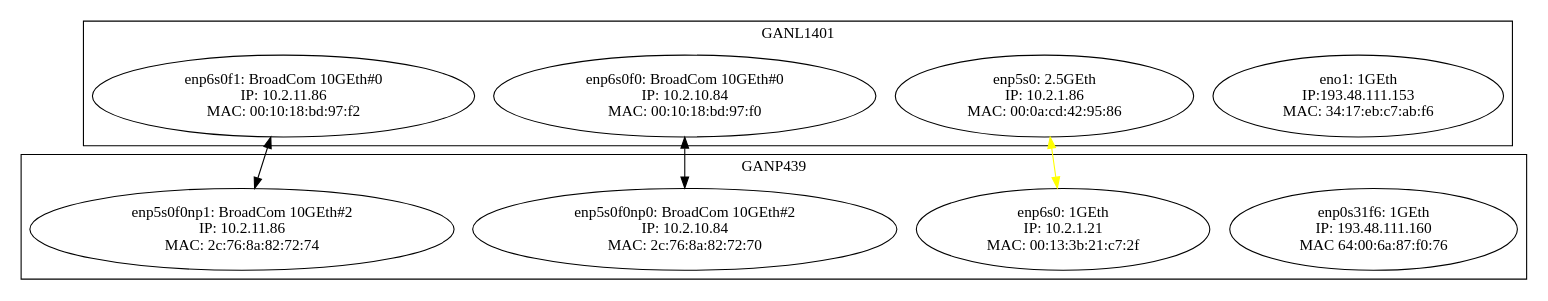
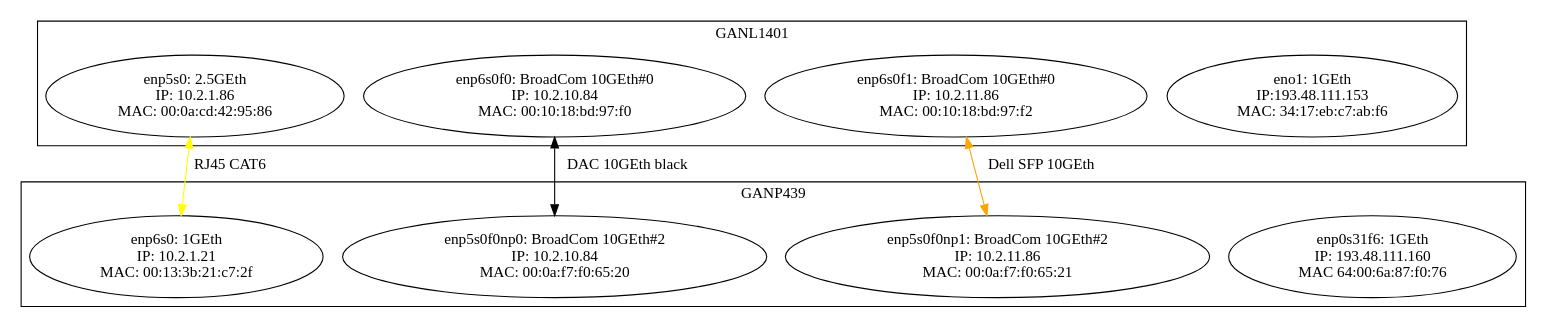
One commit to AdrielEP/test changed the diagram in graphInfra.dot. Above: the diagram before and after it, drawn with Graphviz. The commit also changed 2 other files, not shown here.

Commit message:
correction: BroadCom 10GEth#2 MAC

```diff
--- a/graphInfra.dot
+++ b/graphInfra.dot
@@ -1,40 +1,40 @@
 digraph Point2PointNetwork           
 {
   subgraph cluster_GANL1401        
   {label=GANL1401
 #motherboard
 	eno1[shape=ellipse,label="eno1: 1GEth\n IP:193.48.111.153\n MAC: 34:17:eb:c7:ab:f6"]
 #IcyBox PCIe1x 2.5GEth
 	enp5s0[shape=ellipse,label="enp5s0: 2.5GEth\n IP: 10.2.1.86\n MAC: 00:0a:cd:42:95:86"]
 #Intel 10GEth #3
 #	enp6s0f0[shape=ellipse,label="enp6s0f0: Intel 10GEth#3\n IP: 10.2.10.84\n MAC:a0:36:9f:26:8f:84"]
 #	enp6s0f1[shape=ellipse,label="enp6s0f1: Intel 10GEth#3\n IP: 10.2.11.86\n MAC: a0:36:9f:26:8f:86"]
 #BroadCom 10GEth #0
 	enp6s0f0[shape=ellipse,label="enp6s0f0: BroadCom 10GEth#0\n IP: 10.2.10.84\n MAC: 00:10:18:bd:97:f0"]
 	enp6s0f1[shape=ellipse,label="enp6s0f1: BroadCom 10GEth#0\n IP: 10.2.11.86\n MAC: 00:10:18:bd:97:f2"]
   }//GANL1401
 
   subgraph cluster_GANP349        
   {label=GANP439
 #motherboard
 	enp0s31f6[shape=ellipse,label="enp0s31f6: 1GEth\n IP: 193.48.111.160\n MAC 64:00:6a:87:f0:76"]
 #StarTech PCIe1x 1GEth
 	enp6s0[shape=ellipse,label="enp6s0: 1GEth\n IP: 10.2.1.21\n MAC: 00:13:3b:21:c7:2f"]
 #Intel 10GEth #2
 #	enp5s0f0[shape=ellipse,label="enp5s0f0: Intel 10GEth#2\n IP: 10.2.10.38\n MAC: a0:36:9f:24:53:e8"]
 #	enp5s0f1[shape=ellipse,label="enp5s0f1: Intel 10GEth#2\n IP; 10.2.11.34\n MAC: a0:36:9f:24:53:ea"]
 #BroadCom 10GEth #1
 #	enp5s0f0[shape=ellipse,label="enp5s0f0: HP 10GEth#1\n IP: 10.2.10.84\n MAC: 2c:76:8a:82:72:70"]
 #	enp5s0f1[shape=ellipse,label="enp5s0f1: HP 10GEth#1\n IP: 10.2.11.86\n MAC: 2c:76:8a:82:72:74"]
 #BroadCom 10GEth #2
-	enp5s0f0[shape=ellipse,label="enp5s0f0np0: BroadCom 10GEth#2\n IP: 10.2.10.84\n MAC: 2c:76:8a:82:72:70"]
-	enp5s0f1[shape=ellipse,label="enp5s0f0np1: BroadCom 10GEth#2\n IP: 10.2.11.86\n MAC: 2c:76:8a:82:72:74"]
+	enp5s0f0[shape=ellipse,label="enp5s0f0np0: BroadCom 10GEth#2\n IP: 10.2.10.84\n MAC: 00:0a:f7:f0:65:20"]
+	enp5s0f1[shape=ellipse,label="enp5s0f0np1: BroadCom 10GEth#2\n IP: 10.2.11.86\n MAC: 00:0a:f7:f0:65:21"]
   }//GANP439
 
 #Eth CAT6
-  enp5s0 -> enp6s0 [dir=both color="yellow"]
+  enp5s0 -> enp6s0 [label="RJ45 CAT6" dir=both color="yellow"]
 #DAC black
-  enp6s0f0 -> enp5s0f0 [dir=both color="black"]
+  enp6s0f0 -> enp5s0f0 [label="DAC 10GEth black" dir=both color="black"]
 #Dell SFP 10GEth fiber
-  enp6s0f1 -> enp5s0f1 [dir=both color="Dell SFP 10GEth"]
+  enp6s0f1 -> enp5s0f1 [label="Dell SFP 10GEth" dir=both color="orange"]
 }//digraph
```
